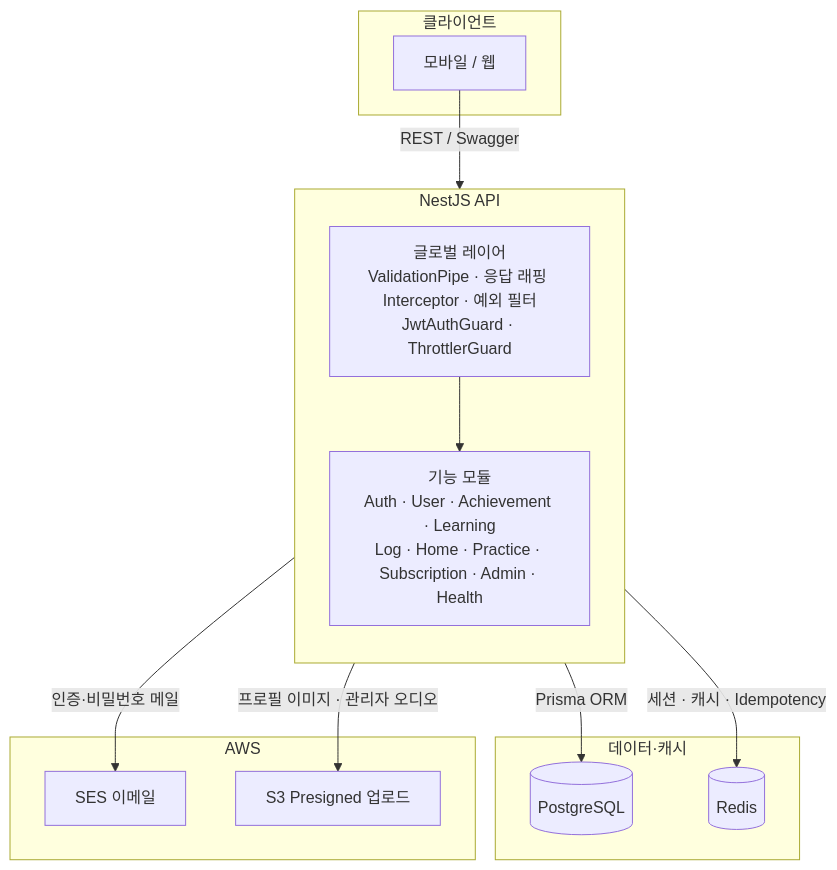
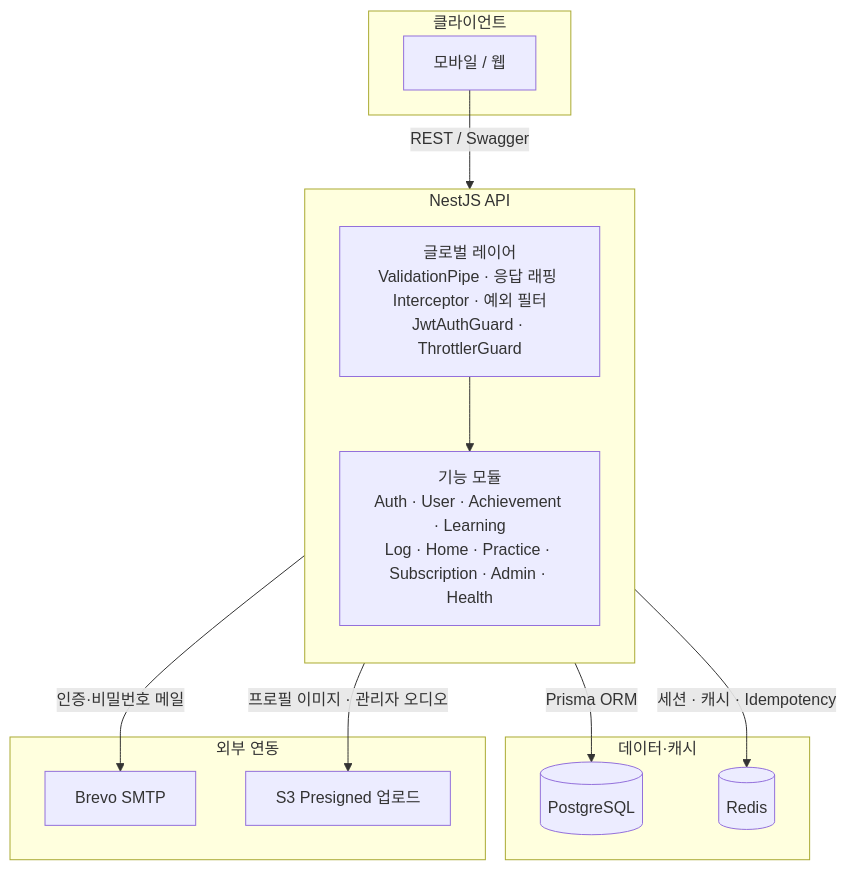
The diagram in README.md (DojeonKR/dojeon-back), drawn with Mermaid before and after one commit. The commit also changed other lines of this file and 15 other files, not shown here.

First line of the commit message:
feat(email): replace Resend with Brevo SMTP and add dev demo seed

````diff
--- a/README.md
+++ b/README.md
@@ -9,29 +9,29 @@
 ```mermaid
 flowchart TB
   subgraph clients["클라이언트"]
     APP[모바일 / 웹]
   end
 
   subgraph api["NestJS API"]
     direction TB
     GLOBAL["글로벌 레이어<br/>ValidationPipe · 응답 래핑 Interceptor · 예외 필터<br/>JwtAuthGuard · ThrottlerGuard"]
     MODULES["기능 모듈<br/>Auth · User · Achievement · Learning<br/>Log · Home · Practice · Subscription · Admin · Health"]
     GLOBAL --> MODULES
   end
 
   subgraph data["데이터·캐시"]
     PG[(PostgreSQL)]
     R[(Redis)]
   end
 
-  subgraph aws["AWS"]
-    SES[SES 이메일]
+  subgraph external["외부 연동"]
+    Brevo[Brevo SMTP]
     S3[S3 Presigned 업로드]
   end
 
   APP -->|REST / Swagger| api
   MODULES -->|Prisma ORM| PG
   MODULES -->|세션 · 캐시 · Idempotency| R
-  MODULES -->|인증·비밀번호 메일| SES
+  MODULES -->|인증·비밀번호 메일| Brevo
   MODULES -->|프로필 이미지 · 관리자 오디오| S3
 ```
````
